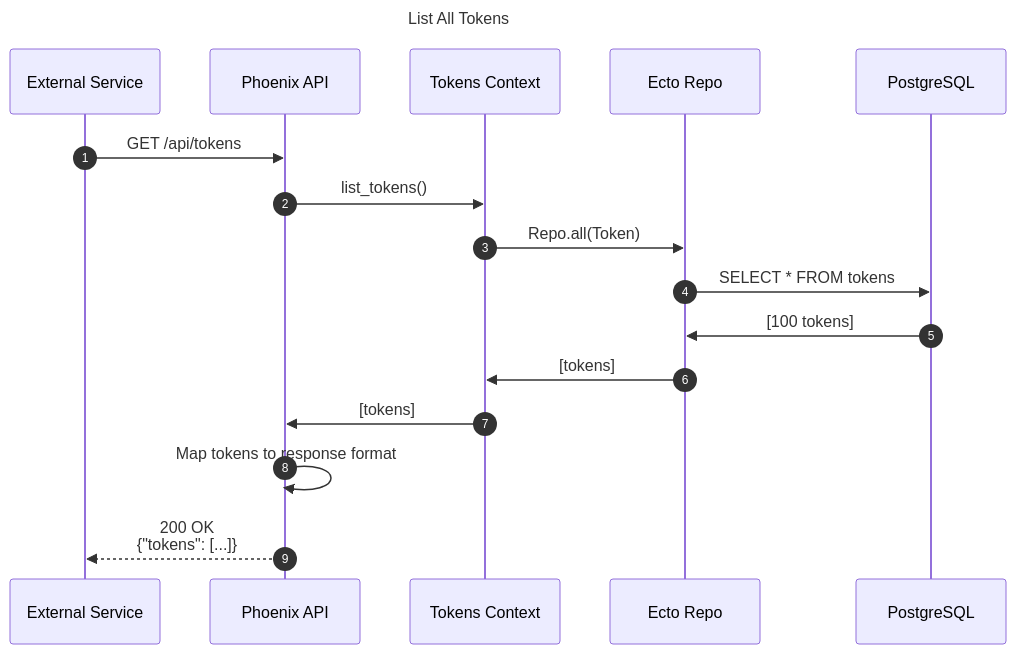
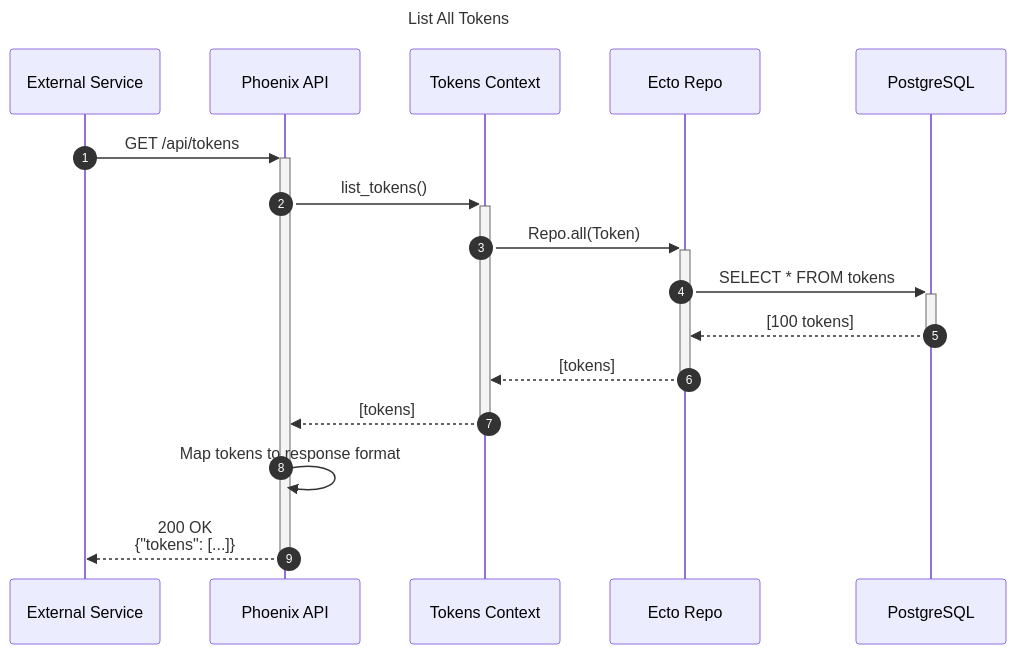
One commit to helderbarboza/token_guard changed the second of 6 diagrams in README.md. Above: the diagram before and after it, drawn with Mermaid. The commit also changed other lines of this file, not shown here.

Commit message:
docs: fix diagrams

````diff
--- a/README.md
+++ b/README.md
@@ -223,23 +232,23 @@
 ```mermaid
 sequenceDiagram
     title List All Tokens
     autonumber
     participant Client as External Service
     participant API as Phoenix API
     participant Tokens as Tokens Context
     participant Repo as Ecto Repo
     participant DB as PostgreSQL
 
-    Client->>API: GET /api/tokens
+    Client->>+API: GET /api/tokens
     
-    API->>Tokens: list_tokens()
-    Tokens->>Repo: Repo.all(Token)
-    Repo->>DB: SELECT * FROM tokens
-    DB->>Repo: [100 tokens]
-    Repo->>Tokens: [tokens]
-    Tokens->>API: [tokens]
+    API->>+Tokens: list_tokens()
+    Tokens->>+Repo: Repo.all(Token)
+    Repo->>+DB: SELECT * FROM tokens
+    DB-->>-Repo: [100 tokens]
+    Repo-->>-Tokens: [tokens]
+    Tokens-->>-API: [tokens]
     
     API->>API: Map tokens to response format
     
-    API-->>Client: 200 OK<br/>{"tokens": [...]}
+    API-->>-Client: 200 OK<br/>{"tokens": [...]}
 ```
````
